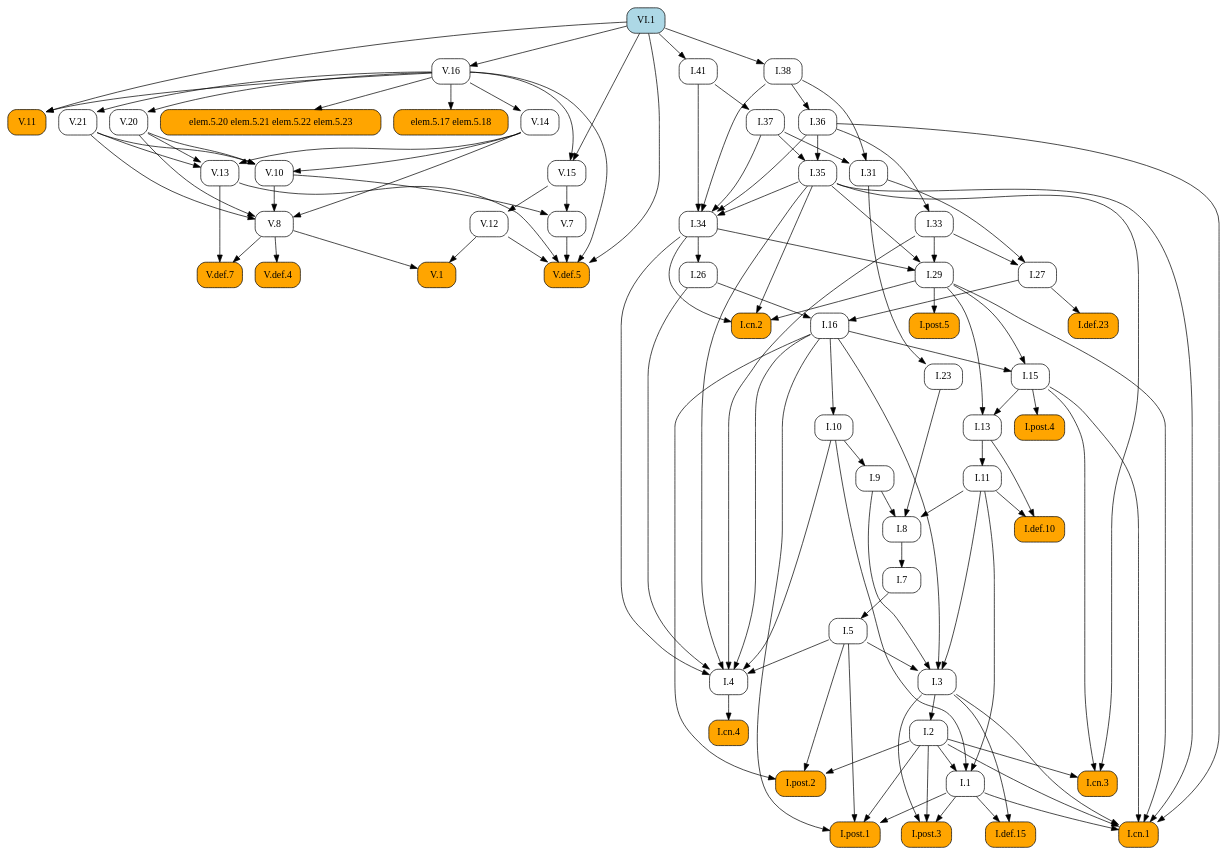
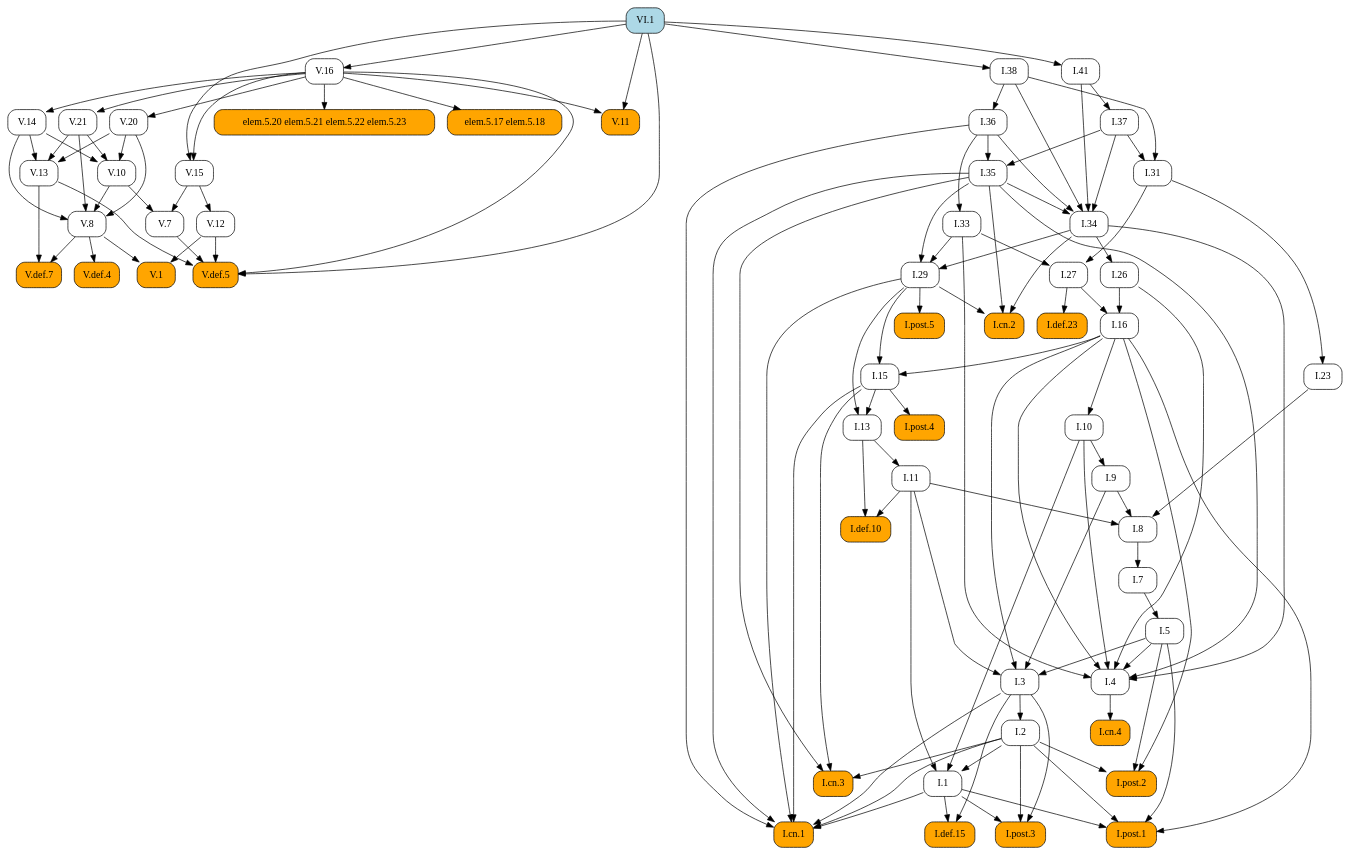
Before and after one commit to geometor/elements: the diagram in docsrc/heath/VI/1/index.rst, drawn with Graphviz. The commit also changed other lines of this file and 484 other files, not shown here.

```diff
--- a/docsrc/heath/VI/1/index.rst
+++ b/docsrc/heath/VI/1/index.rst
@@ -69,98 +69,111 @@
    digraph {
      rankdir="TB";
      node [shape=box, style=rounded];
-     "I.def.10" [style="rounded,filled", fillcolor=orange, URL="/heath/I/def.10/", target="_top"];
-     "I.11" [URL="/heath/I/11/", target="_top"];
-     "I.post.4" [style="rounded,filled", fillcolor=orange, URL="/heath/I/post.4/", target="_top"];
-     "I.1" [URL="/heath/I/1/", target="_top"];
-     "I.26" [URL="/heath/I/26/", target="_top"];
+     "V.16" [URL="/heath/V/16/", target="_top"];
+     "I.23" [URL="/heath/I/23/", target="_top"];
+     "I.9" [URL="/heath/I/9/", target="_top"];
+     "I.33" [URL="/heath/I/33/", target="_top"];
+     "I.def.15" [style="rounded,filled", fillcolor=orange, URL="/heath/I/def.15/", target="_top"];
+     "V.13" [URL="/heath/V/13/", target="_top"];
+     "V.7" [URL="/heath/V/7/", target="_top"];
+     "elem.5.17 elem.5.18" [style="rounded,filled", fillcolor=orange];
+     "I.post.3" [style="rounded,filled", fillcolor=orange, URL="/heath/I/post.3/", target="_top"];
+     "I.post.1" [style="rounded,filled", fillcolor=orange, URL="/heath/I/post.1/", target="_top"];
      "V.14" [URL="/heath/V/14/", target="_top"];
      "V.def.5" [style="rounded,filled", fillcolor=orange, URL="/heath/V/def.5/", target="_top"];
+     "I.31" [URL="/heath/I/31/", target="_top"];
+     "V.10" [URL="/heath/V/10/", target="_top"];
+     "I.def.10" [style="rounded,filled", fillcolor=orange, URL="/heath/I/def.10/", target="_top"];
+     "VI.1" [style="rounded,filled", fillcolor=lightblue, URL="/heath/VI/1/", target="_top"];
+     "V.20" [URL="/heath/V/20/", target="_top"];
+     "I.27" [URL="/heath/I/27/", target="_top"];
+     "V.11" [style="rounded,filled", fillcolor=orange, URL="/heath/V/11/", target="_top"];
+     "V.12" [URL="/heath/V/12/", target="_top"];
+     "I.34" [URL="/heath/I/34/", target="_top"];
+     "I.3" [URL="/heath/I/3/", target="_top"];
+     "V.def.4" [style="rounded,filled", fillcolor=orange, URL="/heath/V/def.4/", target="_top"];
+     "I.35" [URL="/heath/I/35/", target="_top"];
+     "I.cn.1" [style="rounded,filled", fillcolor=orange, URL="/heath/I/cn.1/", target="_top"];
+     "V.def.7" [style="rounded,filled", fillcolor=orange, URL="/heath/V/def.7/", target="_top"];
+     "I.7" [URL="/heath/I/7/", target="_top"];
+     "V.21" [URL="/heath/V/21/", target="_top"];
+     "I.2" [URL="/heath/I/2/", target="_top"];
+     "I.36" [URL="/heath/I/36/", target="_top"];
+     "I.13" [URL="/heath/I/13/", target="_top"];
+     "I.post.4" [style="rounded,filled", fillcolor=orange, URL="/heath/I/post.4/", target="_top"];
+     "I.4" [URL="/heath/I/4/", target="_top"];
+     "I.1" [URL="/heath/I/1/", target="_top"];
+     "I.5" [URL="/heath/I/5/", target="_top"];
+     "I.37" [URL="/heath/I/37/", target="_top"];
+     "I.8" [URL="/heath/I/8/", target="_top"];
      "I.29" [URL="/heath/I/29/", target="_top"];
-     "V.12" [URL="/heath/V/12/", target="_top"];
+     "I.cn.3" [style="rounded,filled", fillcolor=orange, URL="/heath/I/cn.3/", target="_top"];
+     "I.16" [URL="/heath/I/16/", target="_top"];
+     "I.38" [URL="/heath/I/38/", target="_top"];
+     "V.8" [URL="/heath/V/8/", target="_top"];
+     "I.15" [URL="/heath/I/15/", target="_top"];
+     "V.1" [style="rounded,filled", fillcolor=orange, URL="/heath/V/1/", target="_top"];
+     "I.10" [URL="/heath/I/10/", target="_top"];
+     "I.def.23" [style="rounded,filled", fillcolor=orange, URL="/heath/I/def.23/", target="_top"];
+     "I.11" [URL="/heath/I/11/", target="_top"];
      "I.cn.2" [style="rounded,filled", fillcolor=orange, URL="/heath/I/cn.2/", target="_top"];
-     "V.20" [URL="/heath/V/20/", target="_top"];
-     "V.10" [URL="/heath/V/10/", target="_top"];
-     "V.11" [style="rounded,filled", fillcolor=orange, URL="/heath/V/11/", target="_top"];
-     "V.13" [URL="/heath/V/13/", target="_top"];
-     "I.def.15" [style="rounded,filled", fillcolor=orange, URL="/heath/I/def.15/", target="_top"];
+     "I.post.5" [style="rounded,filled", fillcolor=orange, URL="/heath/I/post.5/", target="_top"];
+     "I.cn.4" [style="rounded,filled", fillcolor=orange, URL="/heath/I/cn.4/", target="_top"];
      "V.15" [URL="/heath/V/15/", target="_top"];
-     "I.post.3" [style="rounded,filled", fillcolor=orange, URL="/heath/I/post.3/", target="_top"];
-     "VI.1" [style="rounded,filled", fillcolor=lightblue, URL="/heath/VI/1/", target="_top"];
-     "I.cn.1" [style="rounded,filled", fillcolor=orange, URL="/heath/I/cn.1/", target="_top"];
-     "I.cn.3" [style="rounded,filled", fillcolor=orange, URL="/heath/I/cn.3/", target="_top"];
-     "V.7" [URL="/heath/V/7/", target="_top"];
-     "V.16" [URL="/heath/V/16/", target="_top"];
-     "I.23" [URL="/heath/I/23/", target="_top"];
-     "I.post.1" [style="rounded,filled", fillcolor=orange, URL="/heath/I/post.1/", target="_top"];
-     "I.35" [URL="/heath/I/35/", target="_top"];
      "I.41" [URL="/heath/I/41/", target="_top"];
-     "I.36" [URL="/heath/I/36/", target="_top"];
-     "I.27" [URL="/heath/I/27/", target="_top"];
-     "V.8" [URL="/heath/V/8/", target="_top"];
-     "I.37" [URL="/heath/I/37/", target="_top"];
-     "I.34" [URL="/heath/I/34/", target="_top"];
-     "I.7" [URL="/heath/I/7/", target="_top"];
-     "I.3" [URL="/heath/I/3/", target="_top"];
-     "I.2" [URL="/heath/I/2/", target="_top"];
-     "I.4" [URL="/heath/I/4/", target="_top"];
-     "I.def.23" [style="rounded,filled", fillcolor=orange, URL="/heath/I/def.23/", target="_top"];
-     "I.13" [URL="/heath/I/13/", target="_top"];
-     "I.33" [URL="/heath/I/33/", target="_top"];
-     "I.31" [URL="/heath/I/31/", target="_top"];
      "I.post.2" [style="rounded,filled", fillcolor=orange, URL="/heath/I/post.2/", target="_top"];
-     "V.1" [style="rounded,filled", fillcolor=orange, URL="/heath/V/1/", target="_top"];
-     "I.16" [URL="/heath/I/16/", target="_top"];
+     "I.26" [URL="/heath/I/26/", target="_top"];
      "elem.5.20 elem.5.21 elem.5.22 elem.5.23" [style="rounded,filled", fillcolor=orange];
-     "elem.5.17 elem.5.18" [style="rounded,filled", fillcolor=orange];
-     "I.9" [URL="/heath/I/9/", target="_top"];
-     "I.8" [URL="/heath/I/8/", target="_top"];
-     "I.cn.4" [style="rounded,filled", fillcolor=orange, URL="/heath/I/cn.4/", target="_top"];
-     "V.def.4" [style="rounded,filled", fillcolor=orange, URL="/heath/V/def.4/", target="_top"];
-     "I.15" [URL="/heath/I/15/", target="_top"];
-     "I.post.5" [style="rounded,filled", fillcolor=orange, URL="/heath/I/post.5/", target="_top"];
-     "I.38" [URL="/heath/I/38/", target="_top"];
-     "V.def.7" [style="rounded,filled", fillcolor=orange, URL="/heath/V/def.7/", target="_top"];
-     "I.10" [URL="/heath/I/10/", target="_top"];
-     "I.5" [URL="/heath/I/5/", target="_top"];
-     "V.21" [URL="/heath/V/21/", target="_top"];
-     "I.11" -> "I.def.10";
-     "I.13" -> "I.def.10";
-     "I.13" -> "I.11";
-     "I.15" -> "I.post.4";
-     "I.2" -> "I.1";
-     "I.10" -> "I.1";
-     "I.11" -> "I.1";
-     "I.34" -> "I.26";
+     "VI.1" -> "V.16";
+     "I.31" -> "I.23";
+     "I.10" -> "I.9";
+     "I.36" -> "I.33";
+     "I.1" -> "I.def.15";
+     "I.3" -> "I.def.15";
+     "V.14" -> "V.13";
+     "V.20" -> "V.13";
+     "V.21" -> "V.13";
+     "V.10" -> "V.7";
+     "V.15" -> "V.7";
+     "V.16" -> "elem.5.17 elem.5.18";
+     "I.1" -> "I.post.3";
+     "I.2" -> "I.post.3";
+     "I.3" -> "I.post.3";
+     "I.1" -> "I.post.1";
+     "I.2" -> "I.post.1";
+     "I.5" -> "I.post.1";
+     "I.16" -> "I.post.1";
      "V.16" -> "V.14";
      "V.7" -> "V.def.5";
      "V.12" -> "V.def.5";
      "V.13" -> "V.def.5";
      "V.16" -> "V.def.5";
      "VI.1" -> "V.def.5";
-     "I.33" -> "I.29";
-     "I.34" -> "I.29";
-     "I.35" -> "I.29";
-     "V.15" -> "V.12";
-     "I.29" -> "I.cn.2";
-     "I.34" -> "I.cn.2";
-     "I.35" -> "I.cn.2";
-     "V.16" -> "V.20";
+     "I.37" -> "I.31";
+     "I.38" -> "I.31";
      "V.14" -> "V.10";
      "V.20" -> "V.10";
      "V.21" -> "V.10";
+     "I.11" -> "I.def.10";
+     "I.13" -> "I.def.10";
+     "V.16" -> "V.20";
+     "I.31" -> "I.27";
+     "I.33" -> "I.27";
      "V.16" -> "V.11";
      "VI.1" -> "V.11";
-     "V.14" -> "V.13";
-     "V.20" -> "V.13";
-     "V.21" -> "V.13";
-     "I.1" -> "I.def.15";
-     "I.3" -> "I.def.15";
-     "V.16" -> "V.15";
-     "VI.1" -> "V.15";
-     "I.1" -> "I.post.3";
-     "I.2" -> "I.post.3";
-     "I.3" -> "I.post.3";
+     "V.15" -> "V.12";
+     "I.35" -> "I.34";
+     "I.36" -> "I.34";
+     "I.37" -> "I.34";
+     "I.38" -> "I.34";
+     "I.41" -> "I.34";
+     "I.5" -> "I.3";
+     "I.9" -> "I.3";
+     "I.11" -> "I.3";
+     "I.16" -> "I.3";
+     "V.8" -> "V.def.4";
+     "I.36" -> "I.35";
+     "I.37" -> "I.35";
      "I.1" -> "I.cn.1";
      "I.2" -> "I.cn.1";
      "I.3" -> "I.cn.1";
@@ -168,39 +181,15 @@
      "I.29" -> "I.cn.1";
      "I.35" -> "I.cn.1";
      "I.36" -> "I.cn.1";
-     "I.2" -> "I.cn.3";
-     "I.15" -> "I.cn.3";
-     "I.35" -> "I.cn.3";
-     "V.10" -> "V.7";
-     "V.15" -> "V.7";
-     "VI.1" -> "V.16";
-     "I.31" -> "I.23";
-     "I.1" -> "I.post.1";
-     "I.2" -> "I.post.1";
-     "I.5" -> "I.post.1";
-     "I.16" -> "I.post.1";
-     "I.36" -> "I.35";
-     "I.37" -> "I.35";
-     "VI.1" -> "I.41";
+     "V.8" -> "V.def.7";
+     "V.13" -> "V.def.7";
+     "I.8" -> "I.7";
+     "V.16" -> "V.21";
+     "I.3" -> "I.2";
      "I.38" -> "I.36";
-     "I.31" -> "I.27";
-     "I.33" -> "I.27";
-     "V.10" -> "V.8";
-     "V.14" -> "V.8";
-     "V.20" -> "V.8";
-     "V.21" -> "V.8";
-     "I.41" -> "I.37";
-     "I.35" -> "I.34";
-     "I.36" -> "I.34";
-     "I.37" -> "I.34";
-     "I.38" -> "I.34";
-     "I.41" -> "I.34";
-     "I.8" -> "I.7";
-     "I.5" -> "I.3";
-     "I.9" -> "I.3";
-     "I.11" -> "I.3";
-     "I.16" -> "I.3";
-     "I.3" -> "I.2";
+     "I.15" -> "I.13";
+     "I.29" -> "I.13";
+     "I.15" -> "I.post.4";
      "I.5" -> "I.4";
      "I.10" -> "I.4";
      "I.16" -> "I.4";
@@ -208,34 +197,45 @@
      "I.33" -> "I.4";
      "I.34" -> "I.4";
      "I.35" -> "I.4";
+     "I.2" -> "I.1";
+     "I.10" -> "I.1";
+     "I.11" -> "I.1";
+     "I.7" -> "I.5";
+     "I.41" -> "I.37";
+     "I.9" -> "I.8";
+     "I.11" -> "I.8";
+     "I.23" -> "I.8";
+     "I.33" -> "I.29";
+     "I.34" -> "I.29";
+     "I.35" -> "I.29";
+     "I.2" -> "I.cn.3";
+     "I.15" -> "I.cn.3";
+     "I.35" -> "I.cn.3";
+     "I.26" -> "I.16";
+     "I.27" -> "I.16";
+     "VI.1" -> "I.38";
+     "V.10" -> "V.8";
+     "V.14" -> "V.8";
+     "V.20" -> "V.8";
+     "V.21" -> "V.8";
+     "I.16" -> "I.15";
+     "I.29" -> "I.15";
+     "V.8" -> "V.1";
+     "V.12" -> "V.1";
+     "I.16" -> "I.10";
      "I.27" -> "I.def.23";
-     "I.15" -> "I.13";
-     "I.29" -> "I.13";
-     "I.36" -> "I.33";
-     "I.37" -> "I.31";
-     "I.38" -> "I.31";
+     "I.13" -> "I.11";
+     "I.29" -> "I.cn.2";
+     "I.34" -> "I.cn.2";
+     "I.35" -> "I.cn.2";
+     "I.29" -> "I.post.5";
+     "I.4" -> "I.cn.4";
+     "V.16" -> "V.15";
+     "VI.1" -> "V.15";
+     "VI.1" -> "I.41";
      "I.2" -> "I.post.2";
      "I.5" -> "I.post.2";
      "I.16" -> "I.post.2";
-     "V.8" -> "V.1";
-     "V.12" -> "V.1";
-     "I.26" -> "I.16";
-     "I.27" -> "I.16";
+     "I.34" -> "I.26";
      "V.16" -> "elem.5.20 elem.5.21 elem.5.22 elem.5.23";
-     "V.16" -> "elem.5.17 elem.5.18";
-     "I.10" -> "I.9";
-     "I.9" -> "I.8";
-     "I.11" -> "I.8";
-     "I.23" -> "I.8";
-     "I.4" -> "I.cn.4";
-     "V.8" -> "V.def.4";
-     "I.16" -> "I.15";
-     "I.29" -> "I.15";
-     "I.29" -> "I.post.5";
-     "VI.1" -> "I.38";
-     "V.8" -> "V.def.7";
-     "V.13" -> "V.def.7";
-     "I.16" -> "I.10";
-     "I.7" -> "I.5";
-     "V.16" -> "V.21";
    }
```
